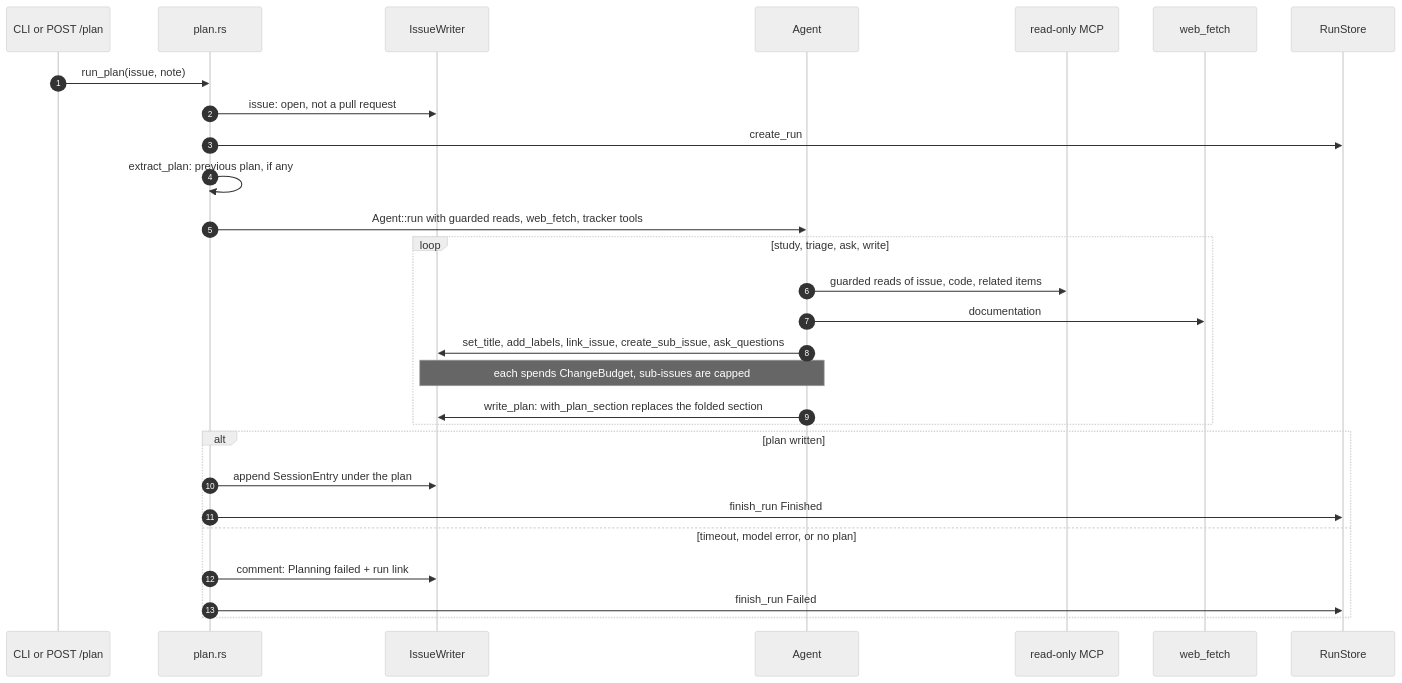
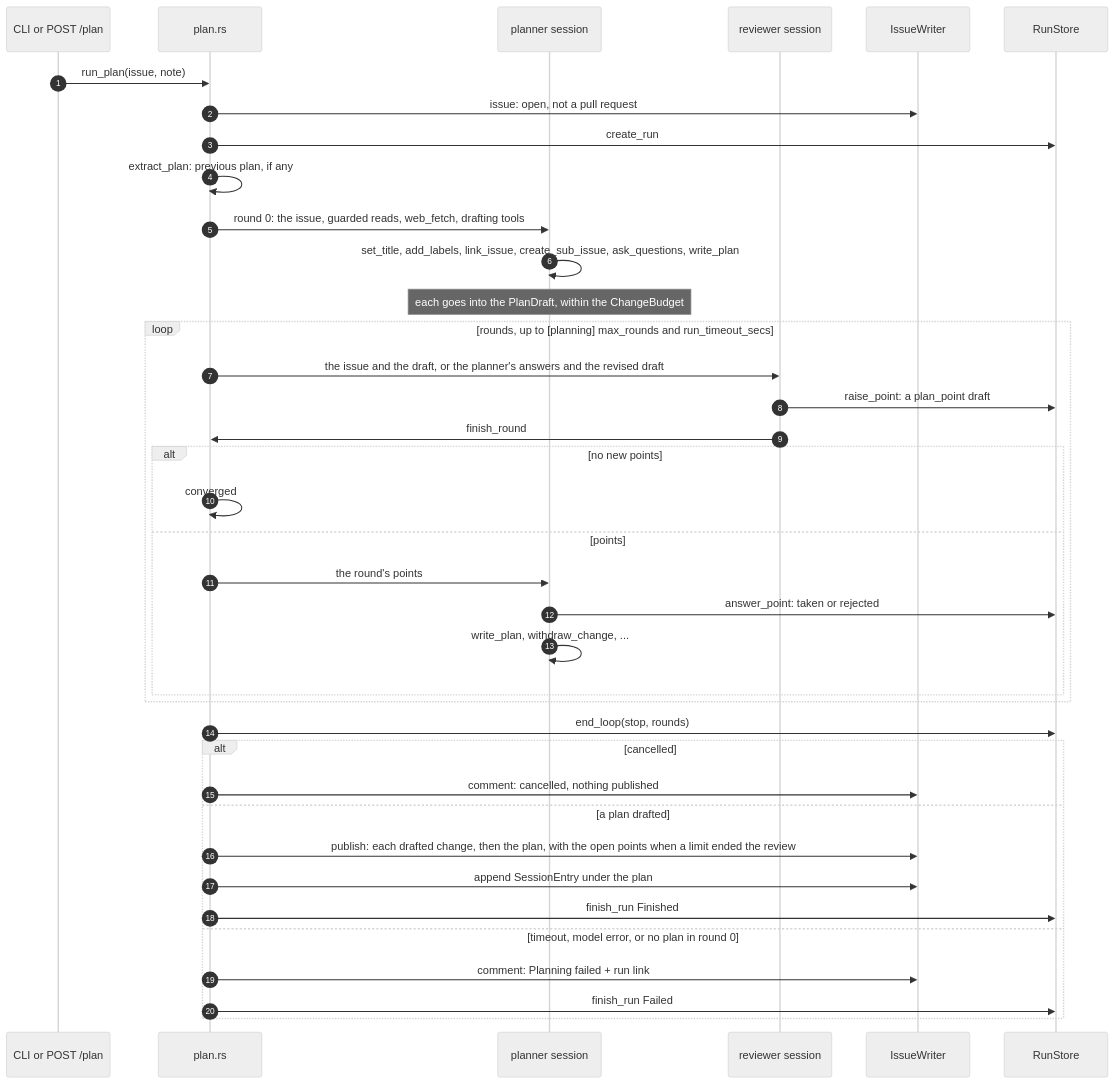
One commit to StephanMeijer/meneerhenk changed the eighth of 11 diagrams in ARCHITECTURE.md. Above: the diagram before and after it, drawn with Mermaid (neutral theme). The commit also changed other lines of this file and 30 other files, not shown here.

````diff
--- a/ARCHITECTURE.md
+++ b/ARCHITECTURE.md
@@ -549,31 +553,41 @@
 ```mermaid
 sequenceDiagram
     autonumber
     participant U as CLI or POST /plan
     participant P as plan.rs
+    participant PL as planner session
+    participant RV as reviewer session
     participant I as IssueWriter
-    participant A as Agent
-    participant X as read-only MCP
-    participant WEB as web_fetch
     participant DB as RunStore
 
     U->>P: run_plan(issue, note)
     P->>I: issue: open, not a pull request
     P->>DB: create_run
     P->>P: extract_plan: previous plan, if any
-    P->>A: Agent::run with guarded reads, web_fetch, tracker tools
-    loop study, triage, ask, write
-        A->>X: guarded reads of issue, code, related items
-        A->>WEB: documentation
-        A->>I: set_title, add_labels, link_issue, create_sub_issue, ask_questions
-        Note over A,I: each spends ChangeBudget, sub-issues are capped
-        A->>I: write_plan: with_plan_section replaces the folded section
+    P->>PL: round 0: the issue, guarded reads, web_fetch, drafting tools
+    PL->>PL: set_title, add_labels, link_issue, create_sub_issue, ask_questions, write_plan
+    Note over PL: each goes into the PlanDraft, within the ChangeBudget
+    loop rounds, up to [planning] max_rounds and run_timeout_secs
+        P->>RV: the issue and the draft, or the planner's answers and the revised draft
+        RV->>DB: raise_point: a plan_point draft
+        RV->>P: finish_round
+        alt no new points
+            P->>P: converged
+        else points
+            P->>PL: the round's points
+            PL->>DB: answer_point: taken or rejected
+            PL->>PL: write_plan, withdraw_change, ...
+        end
     end
-    alt plan written
+    P->>DB: end_loop(stop, rounds)
+    alt cancelled
+        P->>I: comment: cancelled, nothing published
+    else a plan drafted
+        P->>I: publish: each drafted change, then the plan, with the open points when a limit ended the review
         P->>I: append SessionEntry under the plan
         P->>DB: finish_run Finished
-    else timeout, model error, or no plan
+    else timeout, model error, or no plan in round 0
         P->>I: comment: Planning failed + run link
         P->>DB: finish_run Failed
     end
 ```
````
